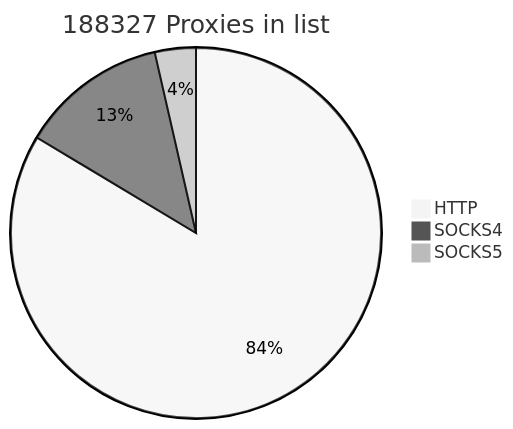
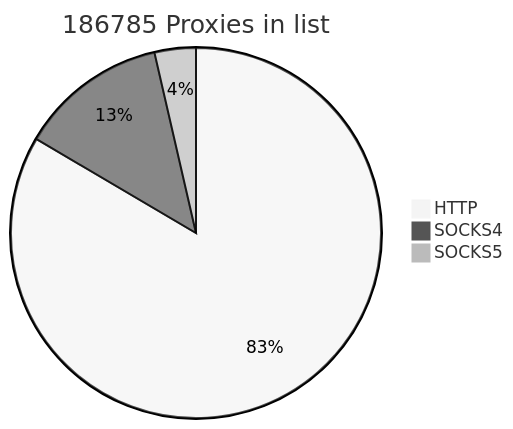
Before and after one commit to cutipu/proxylist: the first of 2 diagrams in README.md, drawn with Mermaid (neutral theme). The commit also changed other lines of this file, not shown here.

````diff
--- a/README.md
+++ b/README.md
@@ -2,7 +2,7 @@
 ```mermaid
-pie title 188327 Proxies in list
-    "HTTP" : 157451
-    "SOCKS4" : 24143
-    "SOCKS5" : 6733
+pie title 186785 Proxies in list
+    "HTTP" : 155906
+    "SOCKS4" : 24148
+    "SOCKS5" : 6731
             
 ```
````
